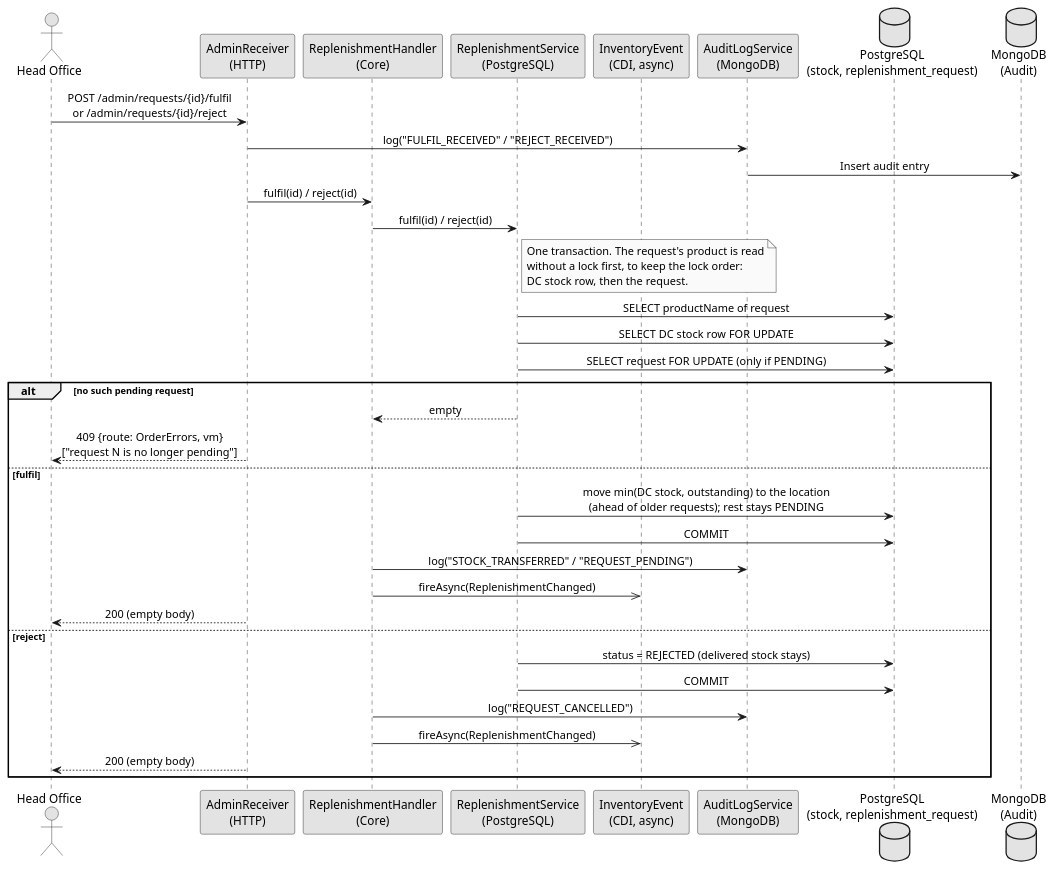
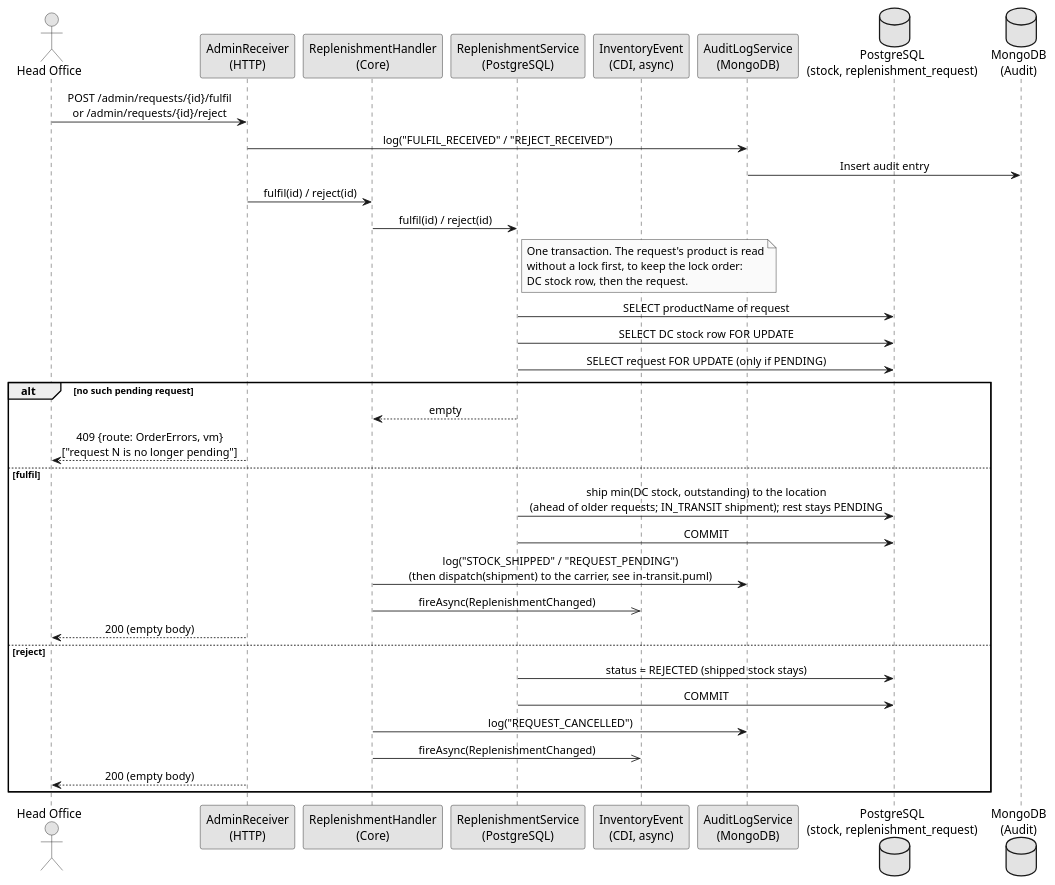
Before and after one commit to svene/2026-07-26_quarkus-hexagon-demo-mm-per-tech: the diagram in docs/architecture/flows/admin-decide-request.puml, drawn with PlantUML. The commit also changed 50 other files, not shown here.

```diff
--- a/docs/architecture/flows/admin-decide-request.puml
+++ b/docs/architecture/flows/admin-decide-request.puml
@@ -1,45 +1,45 @@
 @startuml admin_decide_request
 skinparam monochrome true
 skinparam sequenceMessageAlign center
 skinparam backgroundColor #ffffff
 
 actor "Head Office" as user
 participant "AdminReceiver\n(HTTP)" as receiver
 participant "ReplenishmentHandler\n(Core)" as handler
 participant "ReplenishmentService\n(PostgreSQL)" as service
 participant "InventoryEvent\n(CDI, async)" as changes
 participant "AuditLogService\n(MongoDB)" as audit
 database "PostgreSQL\n(stock, replenishment_request)" as db
 database "MongoDB\n(Audit)" as db_audit
 
 user -> receiver: POST /admin/requests/{id}/fulfil\nor /admin/requests/{id}/reject
 receiver -> audit: log("FULFIL_RECEIVED" / "REJECT_RECEIVED")
 audit -> db_audit: Insert audit entry
 receiver -> handler: fulfil(id) / reject(id)
 handler -> service: fulfil(id) / reject(id)
 note right of service
   One transaction. The request's product is read
   without a lock first, to keep the lock order:
   DC stock row, then the request.
 end note
 service -> db: SELECT productName of request
 service -> db: SELECT DC stock row FOR UPDATE
 service -> db: SELECT request FOR UPDATE (only if PENDING)
 alt no such pending request
   service --> handler: empty
   receiver --> user: 409 {route: OrderErrors, vm}\n["request N is no longer pending"]
 else fulfil
-  service -> db: move min(DC stock, outstanding) to the location\n(ahead of older requests); rest stays PENDING
+  service -> db: ship min(DC stock, outstanding) to the location\n(ahead of older requests; IN_TRANSIT shipment); rest stays PENDING
   service -> db: COMMIT
-  handler -> audit: log("STOCK_TRANSFERRED" / "REQUEST_PENDING")
+  handler -> audit: log("STOCK_SHIPPED" / "REQUEST_PENDING")\n(then dispatch(shipment) to the carrier, see in-transit.puml)
   handler ->> changes: fireAsync(ReplenishmentChanged)
   receiver --> user: 200 (empty body)
 else reject
-  service -> db: status = REJECTED (delivered stock stays)
+  service -> db: status = REJECTED (shipped stock stays)
   service -> db: COMMIT
   handler -> audit: log("REQUEST_CANCELLED")
   handler ->> changes: fireAsync(ReplenishmentChanged)
   receiver --> user: 200 (empty body)
 end
 
 @enduml
```
